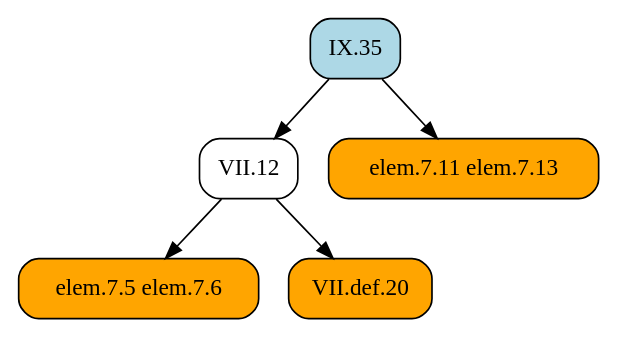
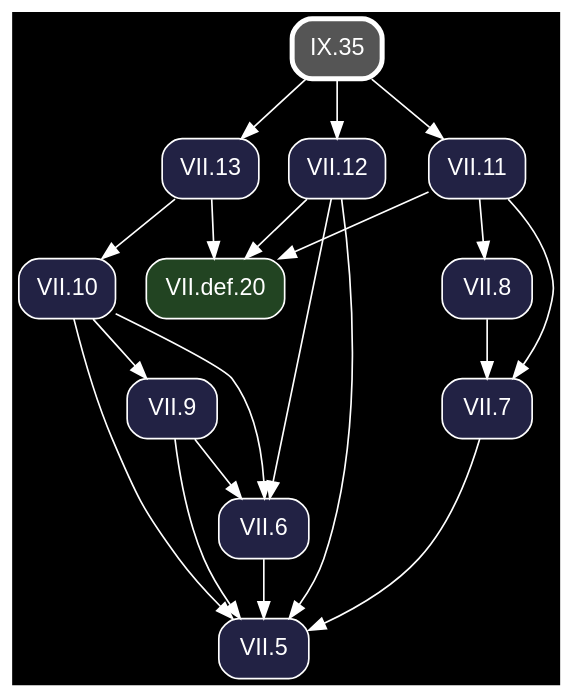
One commit to geometor/elements changed the diagram in docsrc/heath/IX/35/index.rst. Above: the diagram before and after it, drawn with Graphviz. The commit also changed other lines of this file and 1200 other files, not shown here.

Commit message:
update dependency graphs

```diff
--- a/docsrc/heath/IX/35/index.rst
+++ b/docsrc/heath/IX/35/index.rst
@@ -38,15 +38,38 @@
 .. graphviz::
 
    digraph {
+     bgcolor="black";
+     node [shape=box, style="rounded,filled", fontname="Helvetica", color="white", fontcolor="white"];
+     edge [color="white", fontcolor="white"];
      rankdir="TB";
-     node [shape=box, style=rounded];
-     "VII.12" [URL="/heath/VII/12/", target="_top"];
-     "elem.7.11 elem.7.13" [style="rounded,filled", fillcolor=orange];
-     "elem.7.5 elem.7.6" [style="rounded,filled", fillcolor=orange];
-     "IX.35" [style="rounded,filled", fillcolor=lightblue, URL="/heath/IX/35/", target="_top"];
-     "VII.def.20" [style="rounded,filled", fillcolor=orange, URL="/heath/VII/def.20/", target="_top"];
+     "VII.13" [fillcolor="#222244", URL="/heath/VII/13/", target="_top"];
+     "VII.10" [fillcolor="#222244", URL="/heath/VII/10/", target="_top"];
+     "VII.11" [fillcolor="#222244", URL="/heath/VII/11/", target="_top"];
+     "VII.8" [fillcolor="#222244", URL="/heath/VII/8/", target="_top"];
+     "VII.5" [fillcolor="#222244", URL="/heath/VII/5/", target="_top"];
+     "VII.def.20" [fillcolor="#224422", URL="/heath/VII/def.20/", target="_top"];
+     "VII.9" [fillcolor="#222244", URL="/heath/VII/9/", target="_top"];
+     "IX.35" [penwidth=3, color="white", fillcolor="#555555", URL="/heath/IX/35/", target="_top"];
+     "VII.7" [fillcolor="#222244", URL="/heath/VII/7/", target="_top"];
+     "VII.12" [fillcolor="#222244", URL="/heath/VII/12/", target="_top"];
+     "VII.6" [fillcolor="#222244", URL="/heath/VII/6/", target="_top"];
+     "IX.35" -> "VII.13";
+     "VII.13" -> "VII.10";
+     "IX.35" -> "VII.11";
+     "VII.11" -> "VII.8";
+     "VII.6" -> "VII.5";
+     "VII.7" -> "VII.5";
+     "VII.9" -> "VII.5";
+     "VII.10" -> "VII.5";
+     "VII.12" -> "VII.5";
+     "VII.11" -> "VII.def.20";
+     "VII.12" -> "VII.def.20";
+     "VII.13" -> "VII.def.20";
+     "VII.10" -> "VII.9";
+     "VII.8" -> "VII.7";
+     "VII.11" -> "VII.7";
      "IX.35" -> "VII.12";
-     "IX.35" -> "elem.7.11 elem.7.13";
-     "VII.12" -> "elem.7.5 elem.7.6";
-     "VII.12" -> "VII.def.20";
+     "VII.9" -> "VII.6";
+     "VII.10" -> "VII.6";
+     "VII.12" -> "VII.6";
    }
```
